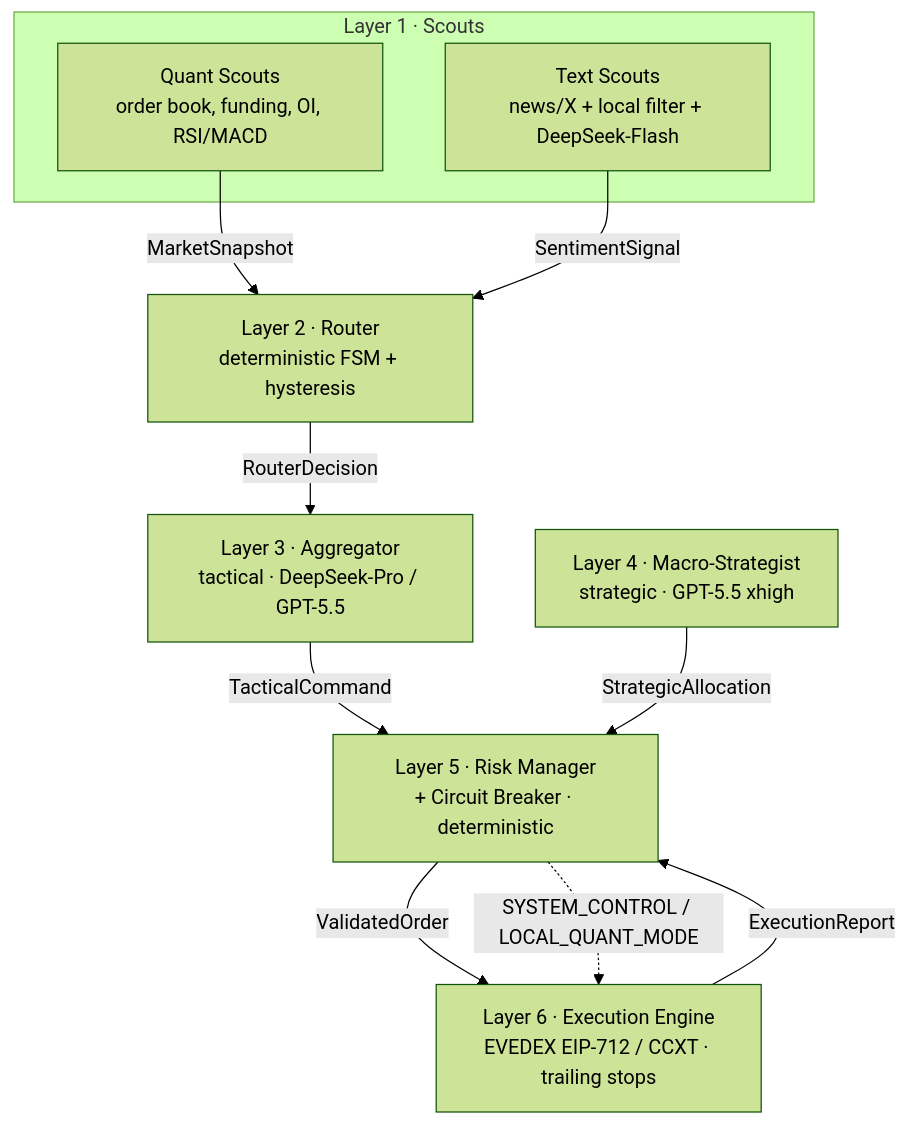
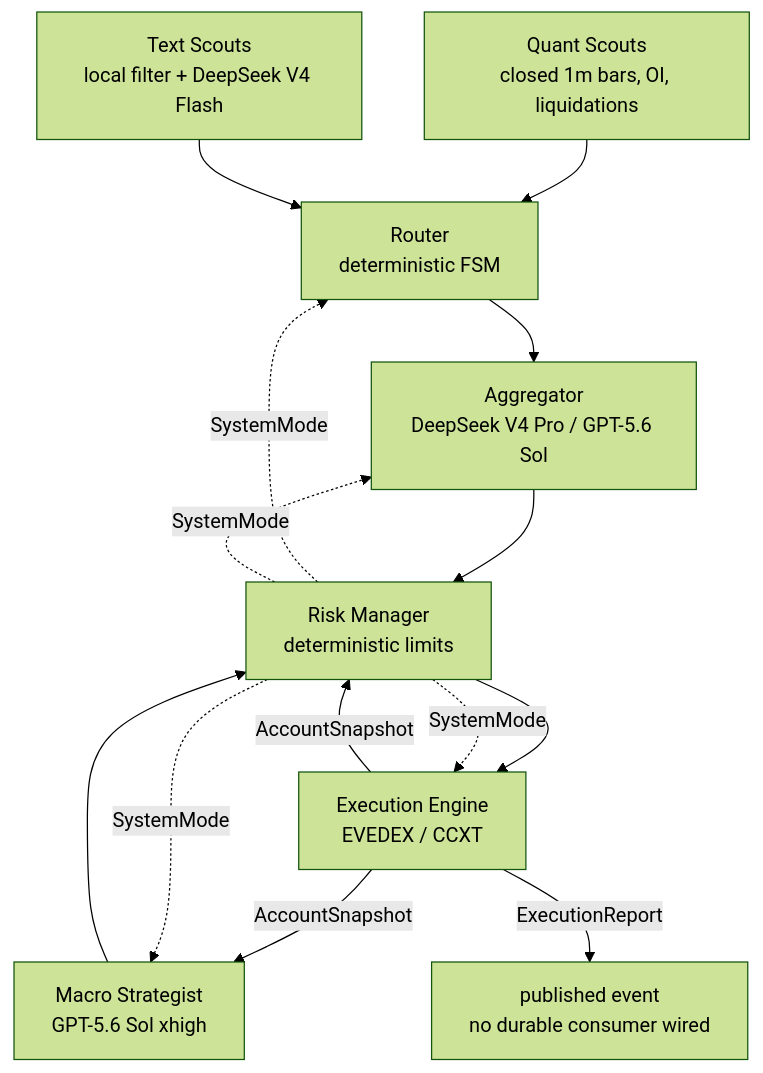
The diagram in README.md (Kairos-cryptoAI/kairos), drawn with Mermaid (forest theme) before and after one commit. The commit also changed other lines of this file and 8 other files, not shown here.

Commit message:
docs: align architecture with the verified runtime

````diff
--- a/README.md
+++ b/README.md
@@ -8,21 +7,16 @@
 ```mermaid
 flowchart TD
-    subgraph L1[Layer 1 · Scouts]
-        QS[Quant Scouts<br/>order book, funding, OI, RSI/MACD]
-        TS[Text Scouts<br/>news/X + local filter + DeepSeek-Flash]
-    end
-    R[Layer 2 · Router<br/>deterministic FSM + hysteresis]
-    AG[Layer 3 · Aggregator<br/>tactical · DeepSeek-Pro / GPT-5.5]
-    MS[Layer 4 · Macro-Strategist<br/>strategic · GPT-5.5 xhigh]
-    RM[Layer 5 · Risk Manager<br/>+ Circuit Breaker · deterministic]
-    EX[Layer 6 · Execution Engine<br/>EVEDEX EIP-712 / CCXT · trailing stops]
-
-    QS -- MarketSnapshot --> R
-    TS -- SentimentSignal --> R
-    R -- RouterDecision --> AG
-    AG -- TacticalCommand --> RM
-    MS -- StrategicAllocation --> RM
-    RM -- ValidatedOrder --> EX
-    EX -- ExecutionReport --> RM
-    RM -. SYSTEM_CONTROL / LOCAL_QUANT_MODE .-> EX
+    Q["Quant Scouts<br/>closed 1m bars, OI, liquidations"] --> R["Router<br/>deterministic FSM"]
+    T["Text Scouts<br/>local filter + DeepSeek V4 Flash"] --> R
+    R --> A["Aggregator<br/>DeepSeek V4 Pro / GPT-5.6 Sol"]
+    A --> K["Risk Manager<br/>deterministic limits"]
+    M["Macro Strategist<br/>GPT-5.6 Sol xhigh"] --> K
+    K --> E["Execution Engine<br/>EVEDEX / CCXT"]
+    E -- "AccountSnapshot" --> K
+    E -- "AccountSnapshot" --> M
+    E -- "ExecutionReport" --> O["published event<br/>no durable consumer wired"]
+    K -. "SystemMode" .-> R
+    K -. "SystemMode" .-> A
+    K -. "SystemMode" .-> M
+    K -. "SystemMode" .-> E
 ```
````
